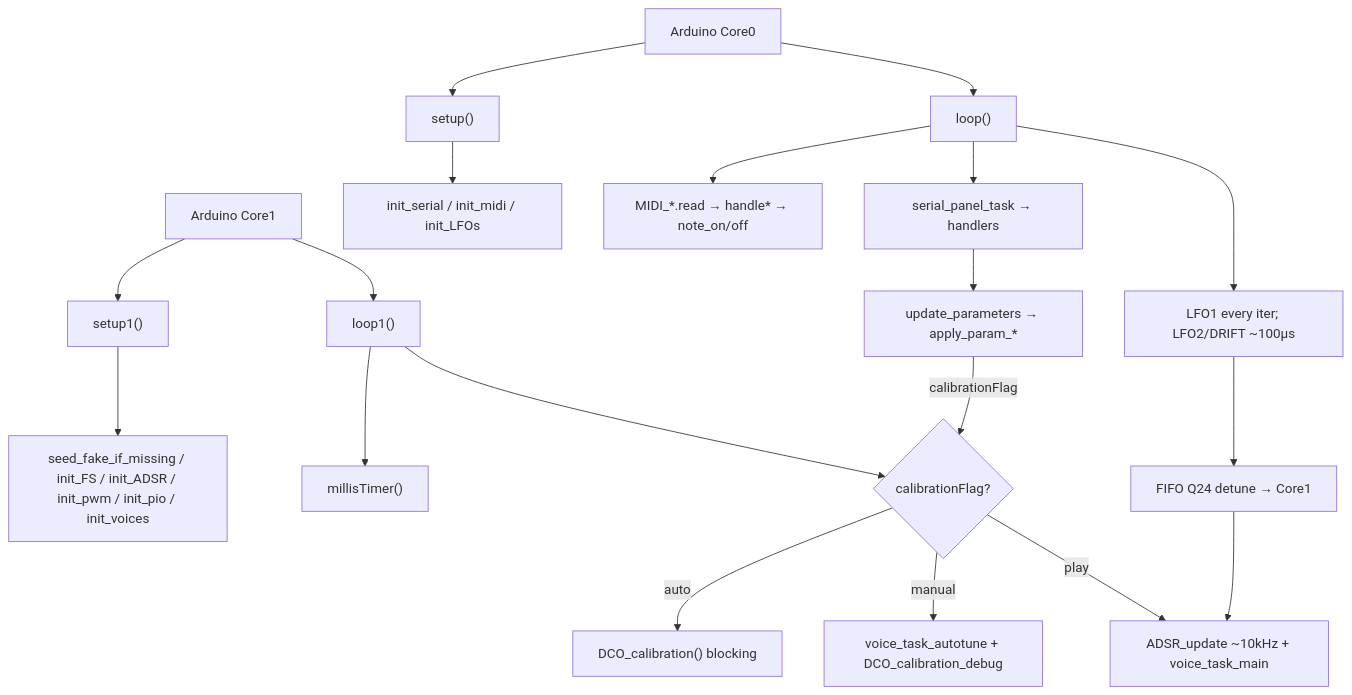
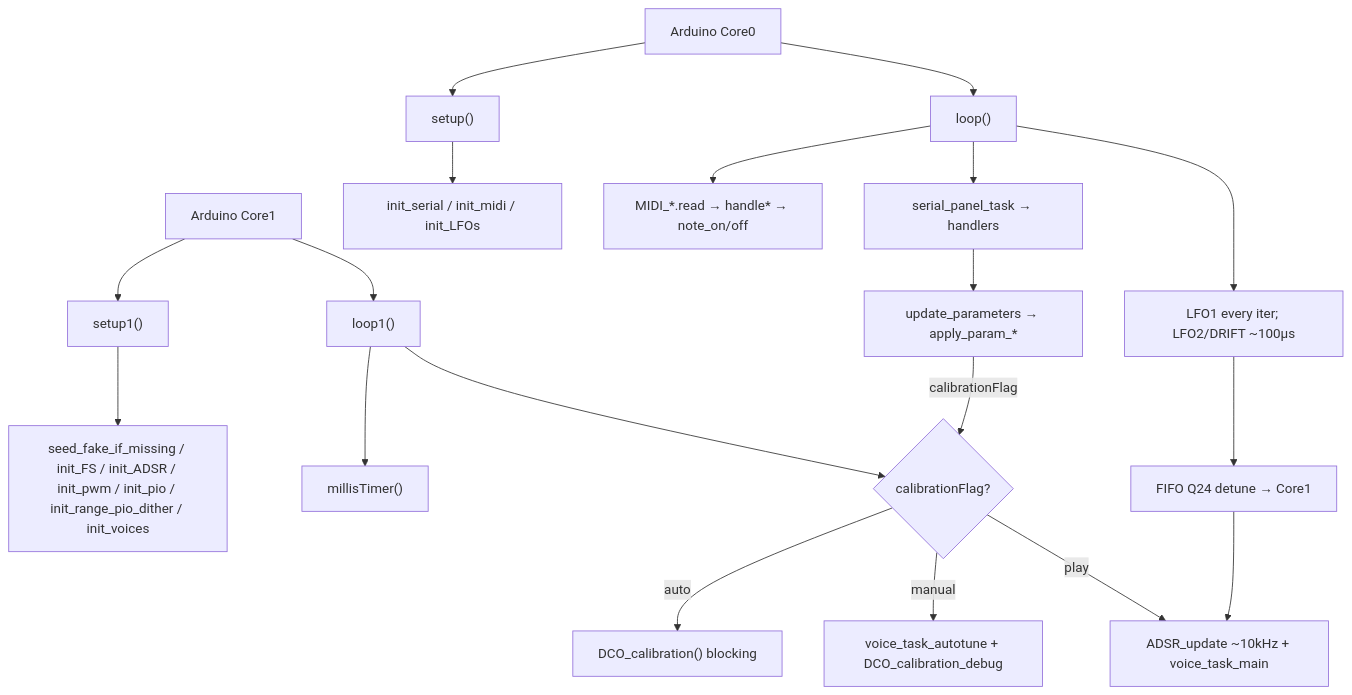
Before and after one commit to felipegaspari/DCO4-REBORN-DCO: the diagram in docs/FILE_INDEX.md, drawn with Mermaid. The commit also changed other lines of this file and 28 other files, not shown here.

Commit message:
PIO PWM RANGE DITHER - 3 FRAMES, several fixes

````diff
--- a/docs/FILE_INDEX.md
+++ b/docs/FILE_INDEX.md
@@ -20,25 +21,25 @@
 ```mermaid
 flowchart TD
   fw0["Arduino Core0"] --> setup0["setup()"]
   fw0 --> loop0["loop()"]
   fw1["Arduino Core1"] --> setup1["setup1()"]
   fw1 --> loop1["loop1()"]
 
   setup0 --> initSerial["init_serial / init_midi / init_LFOs"]
-  setup1 --> initCore1["seed_fake_if_missing / init_FS / init_ADSR / init_pwm / init_pio / init_voices"]
+  setup1 --> initCore1["seed_fake_if_missing / init_FS / init_ADSR / init_pwm / init_pio / init_range_pio_dither / init_voices"]
 
   loop0 --> midiRead["MIDI_*.read → handle* → note_on/off"]
   loop0 --> serialTask["serial_panel_task → handlers"]
   loop0 --> lfo["LFO1 every iter; LFO2/DRIFT ~100µs"]
   lfo --> fifo["FIFO Q24 detune → Core1"]
 
   serialTask --> updParam["update_parameters → apply_param_*"]
   updParam -->|calibrationFlag| calBranch
 
   loop1 --> millis["millisTimer()"]
   loop1 --> calBranch{"calibrationFlag?"}
   calBranch -->|auto| dcoCal["DCO_calibration() blocking"]
   calBranch -->|manual| manCal["voice_task_autotune + DCO_calibration_debug"]
   calBranch -->|play| play["ADSR_update ~10kHz + voice_task_main"]
   fifo --> play
 ```
````
